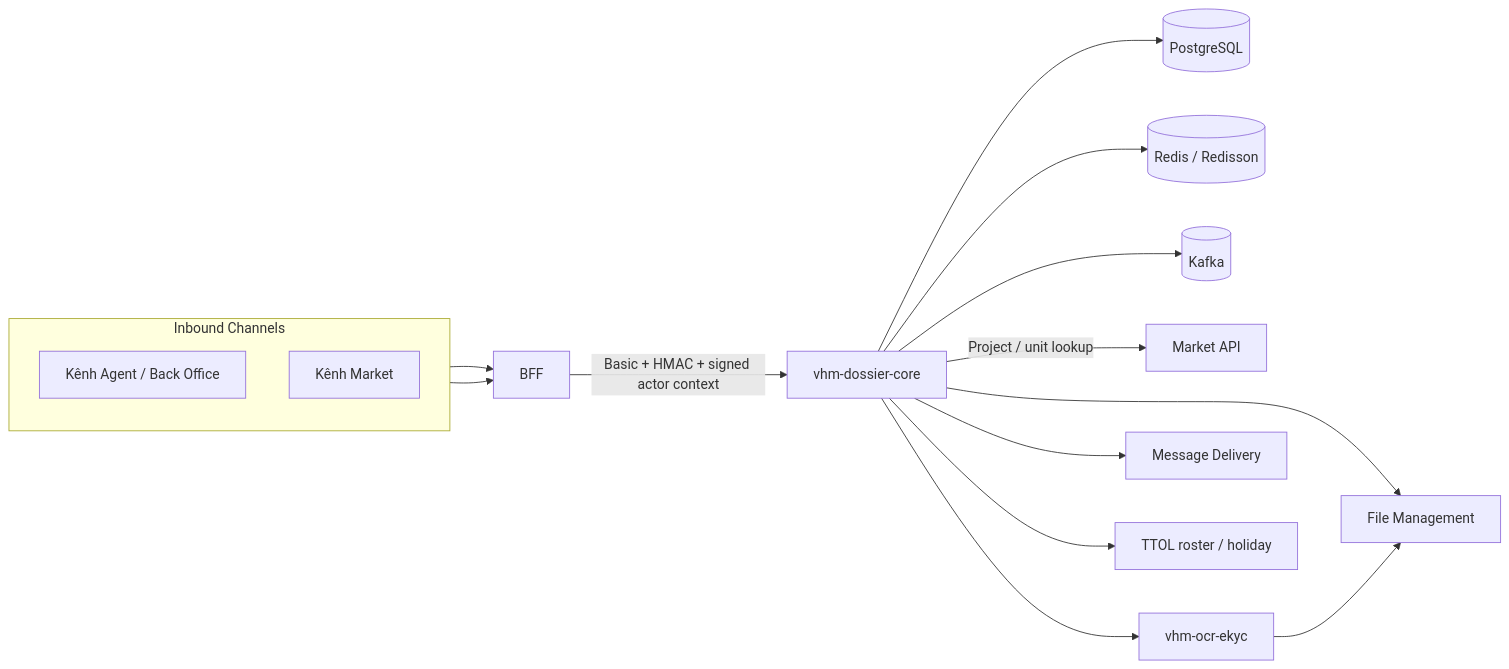
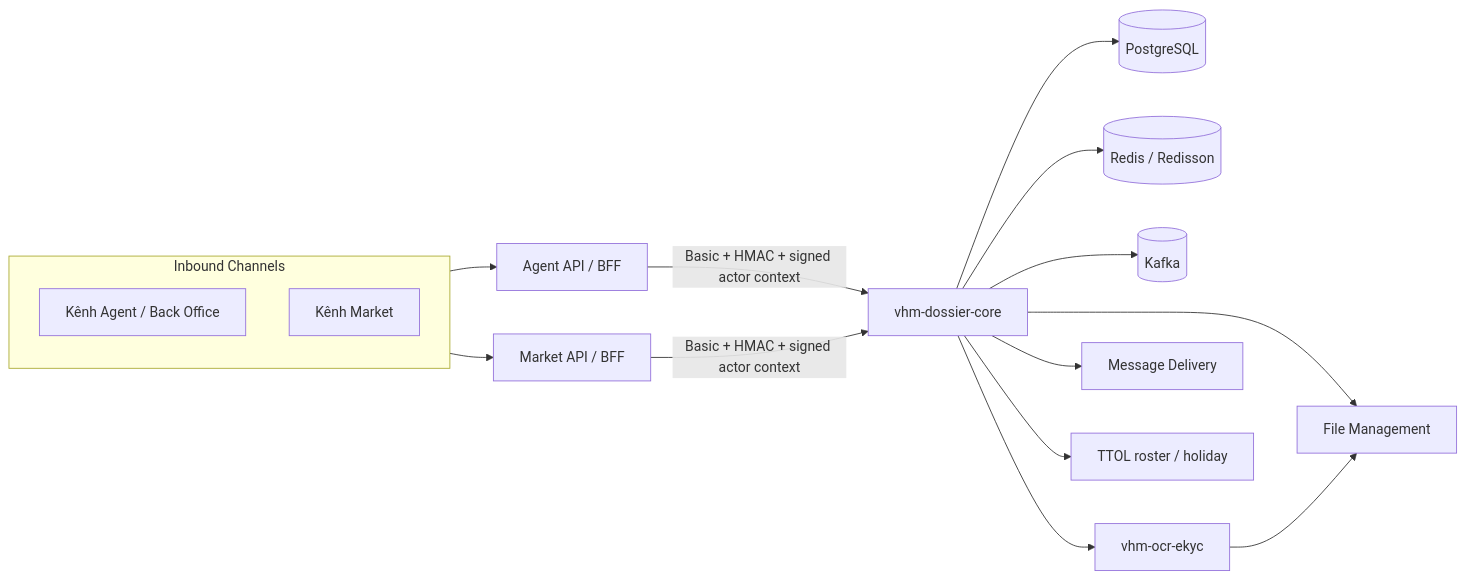
Before and after one commit to huynv-xyz/vhm: the first of 8 diagrams in tdd-dossier.md, drawn with Mermaid. The commit also changed other lines of this file, not shown here.

````diff
--- a/tdd-dossier.md
+++ b/tdd-dossier.md
@@ -184,20 +184,20 @@
 ```mermaid
 flowchart LR
     subgraph Channels[Inbound Channels]
         direction TB
         AgentChannel[Kênh Agent / Back Office]
         MarketChannel[Kênh Market]
     end
-    AgentChannel --> API[BFF]
-    MarketChannel --> API
-    API -->|Basic + HMAC + signed actor context| Core[vhm-dossier-core]
+    AgentChannel --> AgentAPI[Agent API / BFF]
+    MarketChannel --> MarketAPI[Market API / BFF]
+    AgentAPI -->|Basic + HMAC + signed actor context| Core[vhm-dossier-core]
+    MarketAPI -->|Basic + HMAC + signed actor context| Core
     Core --> PG[(PostgreSQL)]
     Core --> Redis[(Redis / Redisson)]
     Core --> Kafka[(Kafka)]
-    Core -->|Project / unit lookup| MarketAPI[Market API]
     Core --> File[File Management]
     Core --> OCR[vhm-ocr-ekyc]
     OCR --> File
     Core --> Msg[Message Delivery]
     Core --> TTOL[TTOL roster / holiday]
 ```
````
